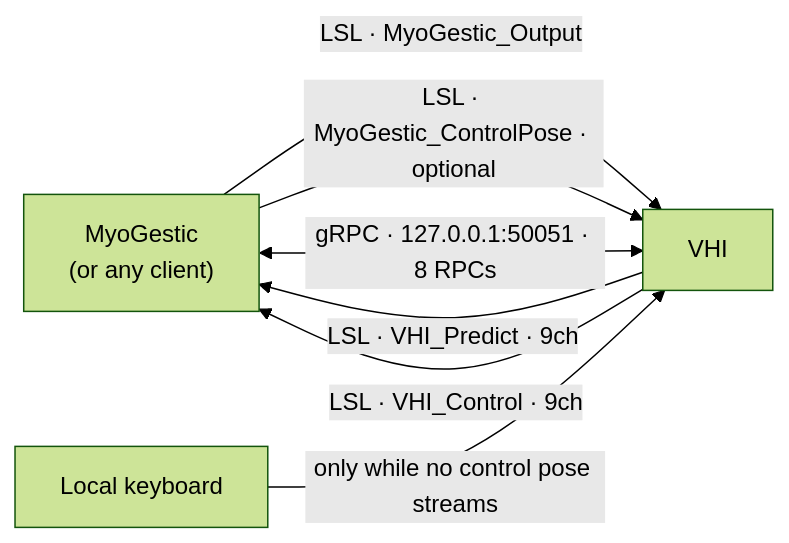
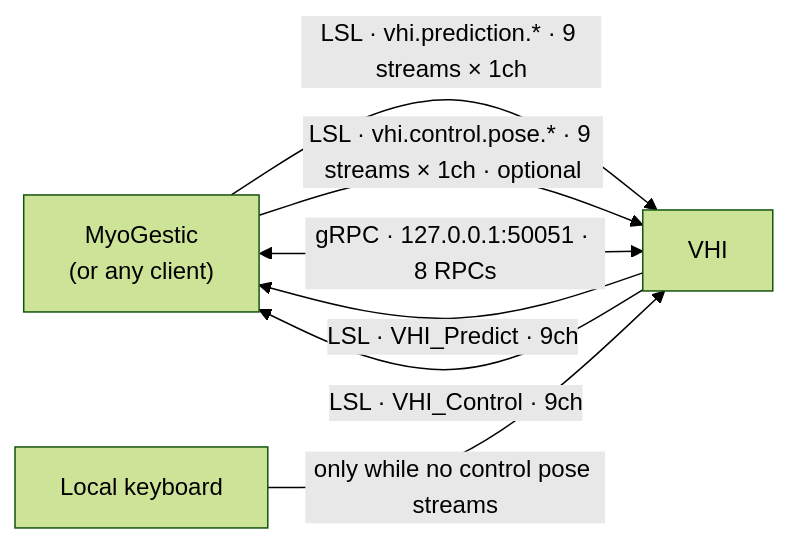
One commit to NsquaredLab/MyoGestic-VHI changed the diagram in docs/reference/signals.md. Above: the diagram before and after it, drawn with Mermaid (forest theme). The commit also changed other lines of this file and 19 other files, not shown here.

````diff
--- a/docs/reference/signals.md
+++ b/docs/reference/signals.md
@@ -10,13 +10,13 @@
 ```mermaid
 flowchart LR
   MG["MyoGestic<br/>(or any client)"]
   VHI["VHI"]
   KB["Local keyboard"]
 
-  MG -- "LSL · MyoGestic_Output" --> VHI
-  MG -- "LSL · MyoGestic_ControlPose · optional" --> VHI
+  MG -- "LSL · vhi.prediction.* · 9 streams × 1ch" --> VHI
+  MG -- "LSL · vhi.control.pose.* · 9 streams × 1ch · optional" --> VHI
   VHI -- "LSL · VHI_Predict · 9ch" --> MG
   VHI -- "LSL · VHI_Control · 9ch" --> MG
   MG <-- "gRPC · 127.0.0.1:50051 · 8 RPCs" --> VHI
   KB -- "only while no control pose streams" --> VHI
 ```
````
